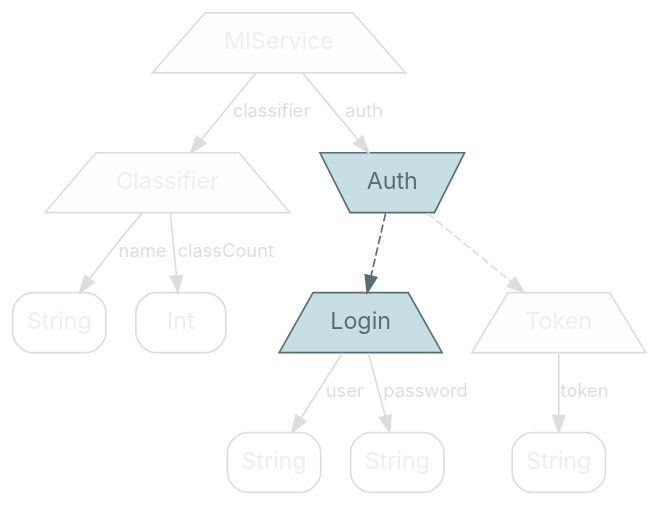
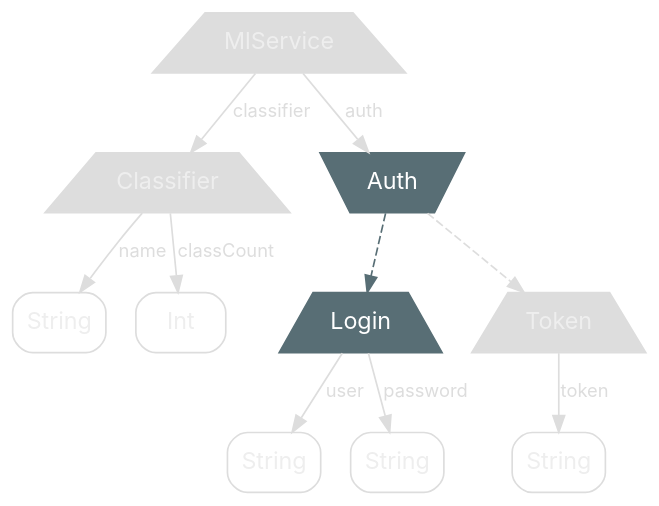
One commit to nrinaudo/optics-from-the-ground-up changed the diagram in src/graphviz/auth-login.dot. Above: the diagram before and after it, drawn with Graphviz. The commit also changed 21 other files, not shown here.

Commit message:
Fix colours in graphs

```diff
--- a/src/graphviz/auth-login.dot
+++ b/src/graphviz/auth-login.dot
@@ -1,42 +1,42 @@
 digraph {
     bgcolor=transparent
 
     // Default theme
     node[shape="rectangle" style="rounded,filled" color="#586E75" fillcolor="#ffffff" fontcolor="#586E75" fontname="Inter,Arial"]
     edge[color="#586E75" fontcolor="#586E75" fontname="Inter,Arial" fontsize=11]
 
     // product types
-    mlService, classifier, login, token [shape=trapezium style=filled fillcolor="#C8DEE5"]
+    mlService, classifier, login, token [shape=trapezium style=filled fontcolor="#FFFFFF" fillcolor="#586E75"]
 
     // sum types
-    auth[shape=invtrapezium, style=filled fillcolor="#C8DEE5"]
+    auth[shape=invtrapezium, style=filled fontcolor="#FFFFFF" fillcolor="#586E75"]
 
-    mlService[label=MlService color="#dddddd" fontcolor="#eeeeee" fillcolor="#fefefe"]
+    mlService[label=MlService fillcolor="#dddddd" color="#dddddd" fontcolor="#eeeeee"]
 
-    classifier[label=Classifier color="#dddddd" fontcolor="#eeeeee" fillcolor="#fefefe"]
+    classifier[label=Classifier fillcolor="#dddddd" color="#dddddd" fontcolor="#eeeeee"]
     classifier_name[label=String shape=box color="#dddddd" fontcolor="#eeeeee"]
     classifier_classCount[label=Int shape=box color="#dddddd" fontcolor="#eeeeee"]
 
     auth[label=Auth]
 
     login[label=Login]
     login_user[label=String shape=box color="#dddddd" fontcolor="#eeeeee"]
     login_password[label=String shape=box color="#dddddd" fontcolor="#eeeeee"]
 
-    token[label=Token color="#dddddd" fontcolor="#eeeeee" fillcolor="#fefefe"]
+    token[label=Token fillcolor="#dddddd" color="#dddddd" fontcolor="#eeeeee"]
     token_token[label=String shape=box color="#dddddd" fontcolor="#eeeeee"]
 
     mlService -> classifier[label=classifier color="#dddddd" fontcolor="#dddddd"]
     mlService -> auth[label=auth color="#dddddd" fontcolor="#dddddd"]
 
     classifier -> classifier_name[label=name color="#dddddd" fontcolor="#dddddd"]
     classifier -> classifier_classCount[label=classCount color="#dddddd" fontcolor="#dddddd"]
 
     token -> token_token[label=token color="#dddddd" fontcolor="#dddddd"]
 
     login -> login_user[label=user color="#dddddd" fontcolor="#dddddd"]
     login -> login_password[label=password color="#dddddd" fontcolor="#dddddd"]
 
     auth -> token[style=dashed color="#dddddd" fontcolor="#dddddd"]
     auth -> login[style=dashed]
 }
```
